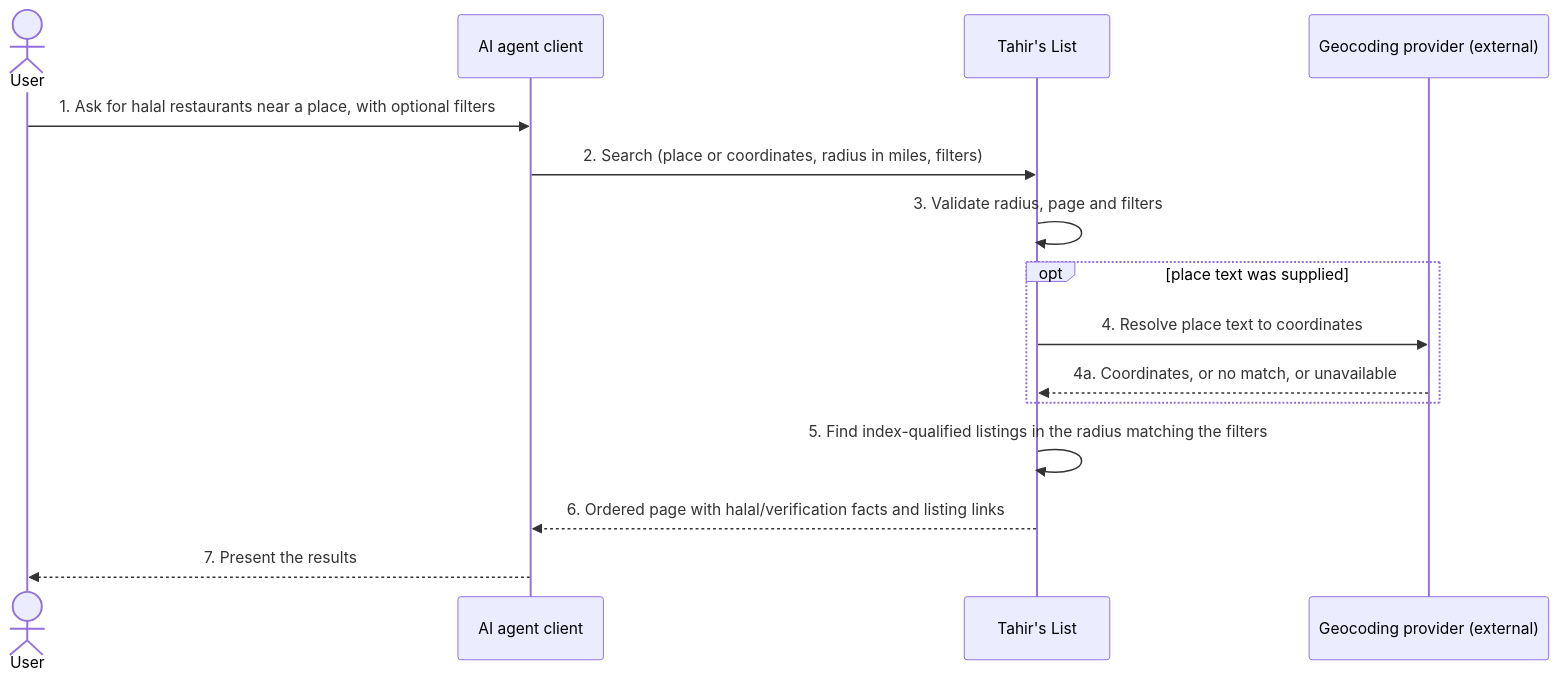
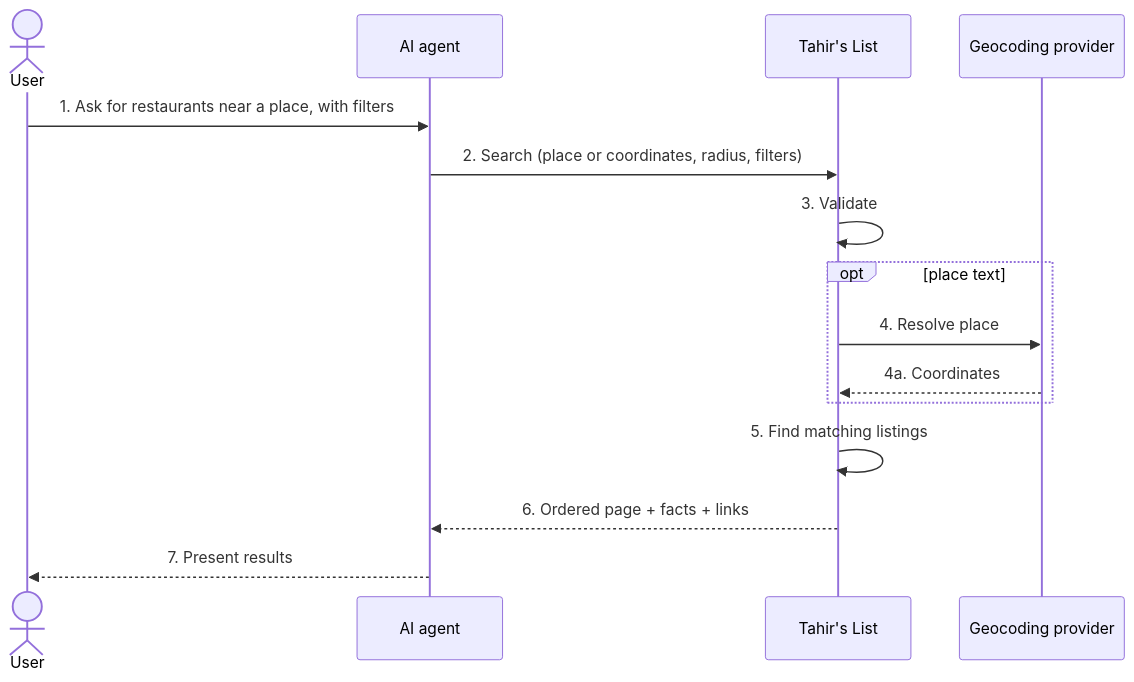
The first of 7 diagrams in docs/features/SC-209/04-blackbox/UC-01-search-restaurants.md (Losers-Lab/tahirs-list), drawn with Mermaid before and after one commit. The commit also changed other lines of this file and 10 other files, not shown here.

Commit message:
[SC-209] Retrofit design to diagram-first standard

````diff
--- a/docs/features/SC-209/04-blackbox/UC-01-search-restaurants.md
+++ b/docs/features/SC-209/04-blackbox/UC-01-search-restaurants.md
@@ -12,18 +6,17 @@
 ```mermaid
 sequenceDiagram
     actor U as User
-    participant AG as AI agent client
+    participant AG as AI agent
     participant TL as Tahir's List
-    participant GEO as Geocoding provider (external)
-
-    U->>AG: 1. Ask for halal restaurants near a place, with optional filters
-    AG->>TL: 2. Search (place or coordinates, radius in miles, filters)
-    TL->>TL: 3. Validate radius, page and filters
-    opt place text was supplied
-        TL->>GEO: 4. Resolve place text to coordinates
-        GEO-->>TL: 4a. Coordinates, or no match, or unavailable
+    participant GEO as Geocoding provider
+    U->>AG: 1. Ask for restaurants near a place, with filters
+    AG->>TL: 2. Search (place or coordinates, radius, filters)
+    TL->>TL: 3. Validate
+    opt place text
+        TL->>GEO: 4. Resolve place
+        GEO-->>TL: 4a. Coordinates
     end
-    TL->>TL: 5. Find index-qualified listings in the radius matching the filters
-    TL-->>AG: 6. Ordered page with halal/verification facts and listing links
-    AG-->>U: 7. Present the results
+    TL->>TL: 5. Find matching listings
+    TL-->>AG: 6. Ordered page + facts + links
+    AG-->>U: 7. Present results
 ```
````
